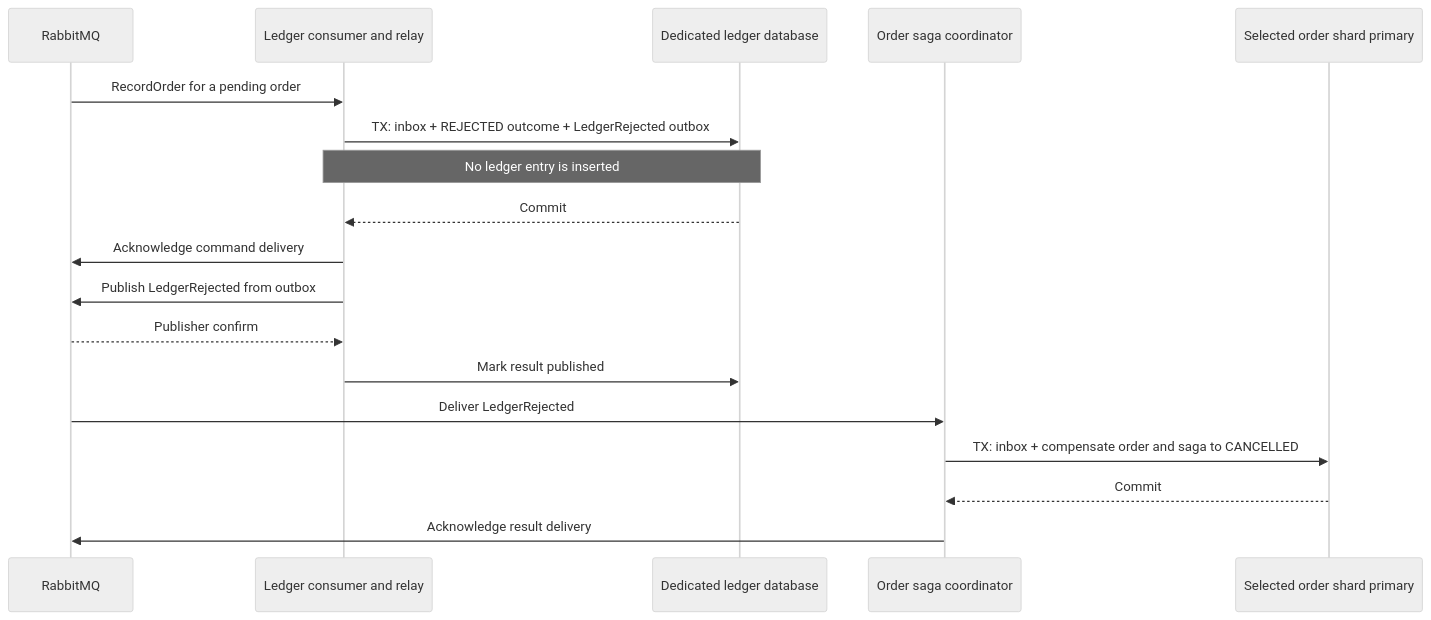
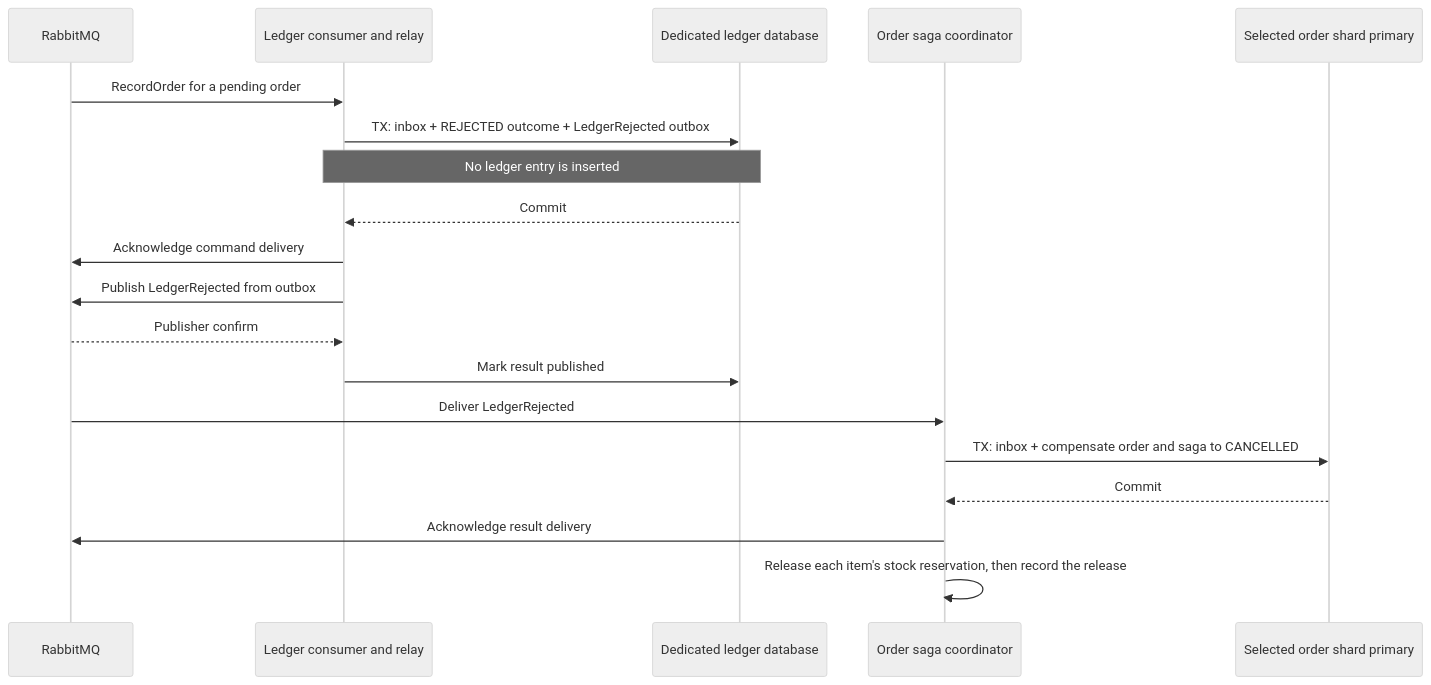
The fifth of 7 diagrams in microservices/shardshop/ARCHITECTURE.md (nklip/JavaCraft), drawn with Mermaid (neutral theme) before and after one commit. The commit also changed other lines of this file and 48 other files, not shown here.

````diff
--- a/microservices/shardshop/ARCHITECTURE.md
+++ b/microservices/shardshop/ARCHITECTURE.md
@@ -745,21 +1023,22 @@
 ```mermaid
 sequenceDiagram
     participant MQ as RabbitMQ
     participant Ledger as Ledger consumer and relay
     participant LDB as Dedicated ledger database
     participant Order as Order saga coordinator
     participant DB as Selected order shard primary
 
     MQ->>Ledger: RecordOrder for a pending order
     Ledger->>LDB: TX: inbox + REJECTED outcome + LedgerRejected outbox
     Note over Ledger,LDB: No ledger entry is inserted
     LDB-->>Ledger: Commit
     Ledger->>MQ: Acknowledge command delivery
     Ledger->>MQ: Publish LedgerRejected from outbox
     MQ-->>Ledger: Publisher confirm
     Ledger->>LDB: Mark result published
     MQ->>Order: Deliver LedgerRejected
     Order->>DB: TX: inbox + compensate order and saga to CANCELLED
     DB-->>Order: Commit
     Order->>MQ: Acknowledge result delivery
+    Order->>Order: Release each item's stock reservation, then record the release
 ```
````
